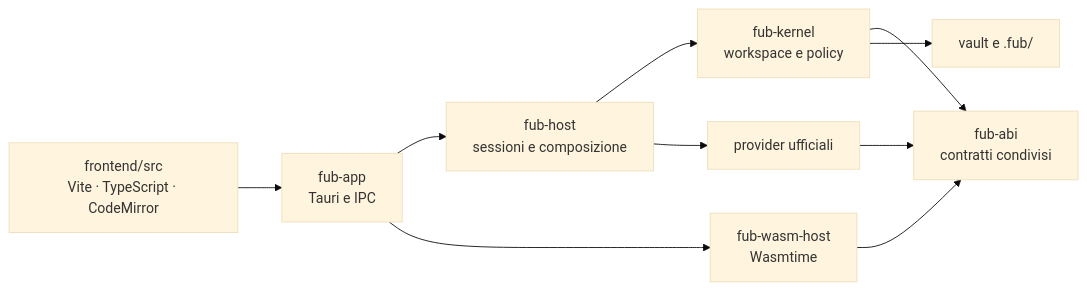
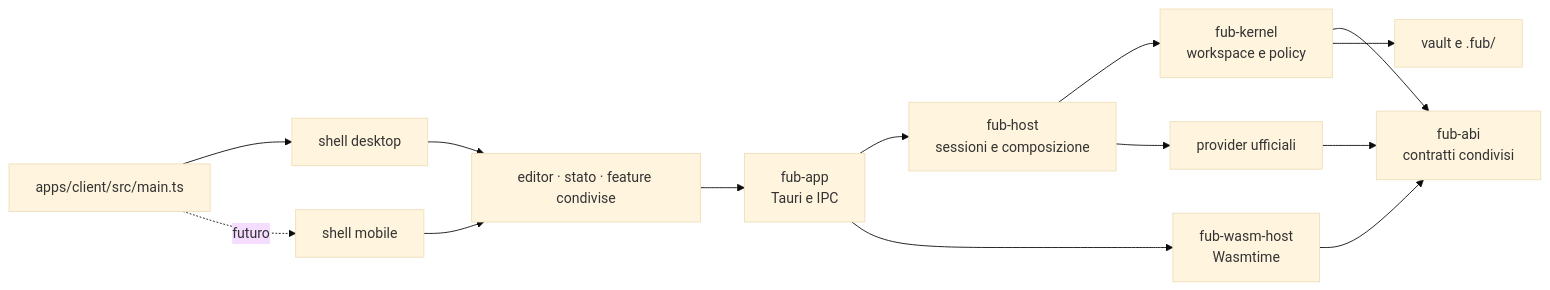
The diagram in README.md (Fubeo/Fub), drawn with Mermaid (base theme) before and after one commit. The commit also changed other lines of this file, not shown here.

Commit message:
docs(repo): presenta il client unificato nella radice

````diff
--- a/README.md
+++ b/README.md
@@ -13,12 +15,16 @@
 ```mermaid
 flowchart LR
-    UI["frontend/src<br/>Vite · TypeScript · CodeMirror"] --> APP["fub-app<br/>Tauri e IPC"]
+    ENTRY["apps/client/src/main.ts"] --> DESKTOP["shell desktop"]
+    ENTRY -. futuro .-> MOBILE["shell mobile"]
+    DESKTOP --> SHARED["editor · stato · feature condivise"]
+    MOBILE --> SHARED
+    SHARED --> APP["fub-app<br/>Tauri e IPC"]
     APP --> HOST["fub-host<br/>sessioni e composizione"]
     APP --> WASM["fub-wasm-host<br/>Wasmtime"]
     HOST --> KERNEL["fub-kernel<br/>workspace e policy"]
     HOST --> PROVIDERS["provider ufficiali"]
     KERNEL --> ABI["fub-abi<br/>contratti condivisi"]
     PROVIDERS --> ABI
     WASM --> ABI
     KERNEL --> DISK["vault e .fub/"]
 ```
````
